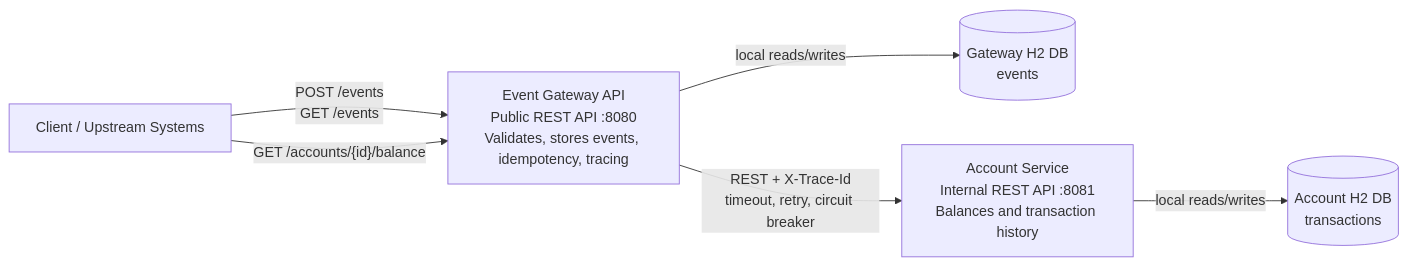
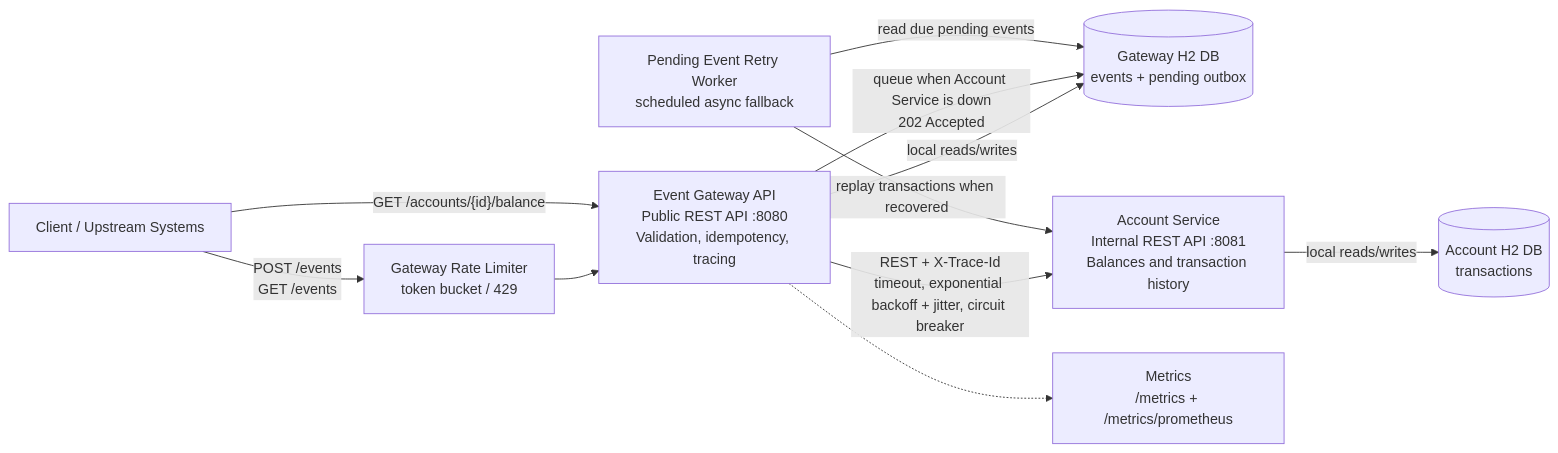
Before and after one commit to aerugu/Charles_Schwab: the diagram in README.md, drawn with Mermaid.

Commit message:
Update README architecture diagram

````diff
--- a/README.md
+++ b/README.md
@@ -7,14 +7,22 @@
 ```mermaid
 flowchart LR
     client["Client / Upstream Systems"]
-    gateway["Event Gateway API<br/>Public REST API :8080<br/>Validates, stores events, idempotency, tracing"]
-    gatewayDb[("Gateway H2 DB<br/>events")]
+    limiter["Gateway Rate Limiter<br/>token bucket / 429"]
+    gateway["Event Gateway API<br/>Public REST API :8080<br/>Validation, idempotency, tracing"]
+    gatewayDb[("Gateway H2 DB<br/>events + pending outbox")]
+    retry["Pending Event Retry Worker<br/>scheduled async fallback"]
     account["Account Service<br/>Internal REST API :8081<br/>Balances and transaction history"]
     accountDb[("Account H2 DB<br/>transactions")]
+    metrics["Metrics<br/>/metrics + /metrics/prometheus"]
 
-    client -->|"POST /events<br/>GET /events"| gateway
+    client -->|"POST /events<br/>GET /events"| limiter
+    limiter --> gateway
     gateway -->|"local reads/writes"| gatewayDb
-    gateway -->|"REST + X-Trace-Id<br/>timeout, retry, circuit breaker"| account
+    gateway -->|"REST + X-Trace-Id<br/>timeout, exponential backoff + jitter, circuit breaker"| account
+    gateway -->|"queue when Account Service is down<br/>202 Accepted"| gatewayDb
+    retry -->|"read due pending events"| gatewayDb
+    retry -->|"replay transactions when recovered"| account
     account -->|"local reads/writes"| accountDb
     client -->|"GET /accounts/{id}/balance"| gateway
+    gateway -.-> metrics
 ```
````
